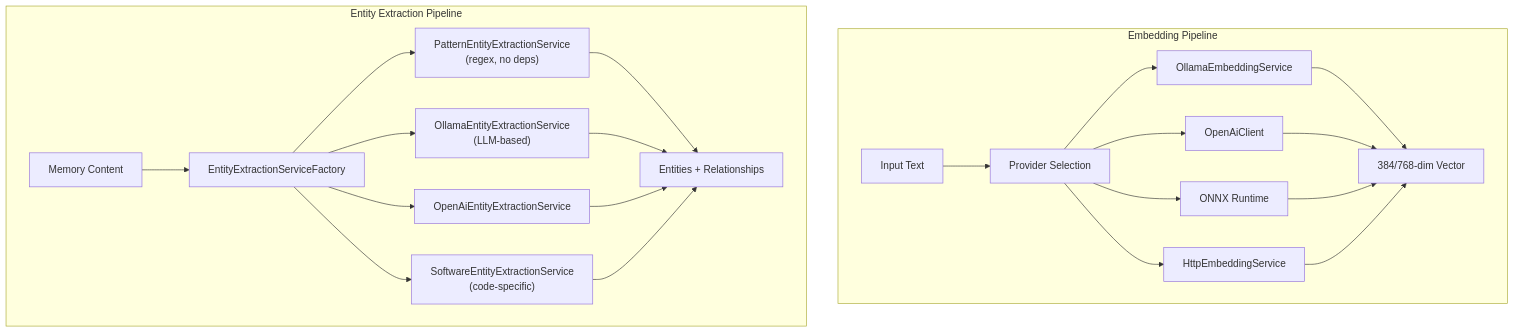
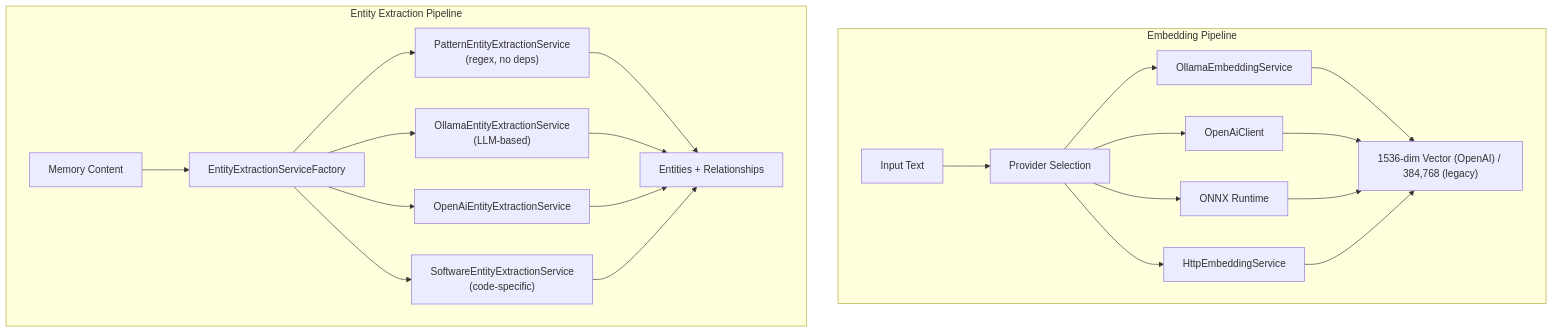
The diagram in docs/codebase-graph/06-ml.md (sblanchard/SerialMemoryServer), drawn with Mermaid before and after one commit. The commit also changed other lines of this file and 3 other files, not shown here.

Commit message:
docs: update vector embedding dimensions from 384 to 1536 (OpenAI text-embedding-3-small)

````diff
--- a/docs/codebase-graph/06-ml.md
+++ b/docs/codebase-graph/06-ml.md
@@ -11,42 +11,42 @@
 ```mermaid
 graph TD
     subgraph Embedding Pipeline
         Text["Input Text"]
         EmbedFactory["Provider Selection"]
         Ollama["OllamaEmbeddingService"]
         OpenAI["OpenAiClient"]
         ONNX["ONNX Runtime"]
         HTTP["HttpEmbeddingService"]
-        Vector["384/768-dim Vector"]
+        Vector["1536-dim Vector (OpenAI) / 384,768 (legacy)"]
 
         Text --> EmbedFactory
         EmbedFactory --> Ollama
         EmbedFactory --> OpenAI
         EmbedFactory --> ONNX
         EmbedFactory --> HTTP
         Ollama --> Vector
         OpenAI --> Vector
         ONNX --> Vector
         HTTP --> Vector
     end
 
     subgraph Entity Extraction Pipeline
         Content["Memory Content"]
         ExtractFactory["EntityExtractionServiceFactory"]
         Pattern["PatternEntityExtractionService<br/>(regex, no deps)"]
         OllamaNER["OllamaEntityExtractionService<br/>(LLM-based)"]
         OpenAINER["OpenAiEntityExtractionService"]
         Software["SoftwareEntityExtractionService<br/>(code-specific)"]
         Entities["Entities + Relationships"]
 
         Content --> ExtractFactory
         ExtractFactory --> Pattern
         ExtractFactory --> OllamaNER
         ExtractFactory --> OpenAINER
         ExtractFactory --> Software
         Pattern --> Entities
         OllamaNER --> Entities
         OpenAINER --> Entities
         Software --> Entities
     end
 ```
````
